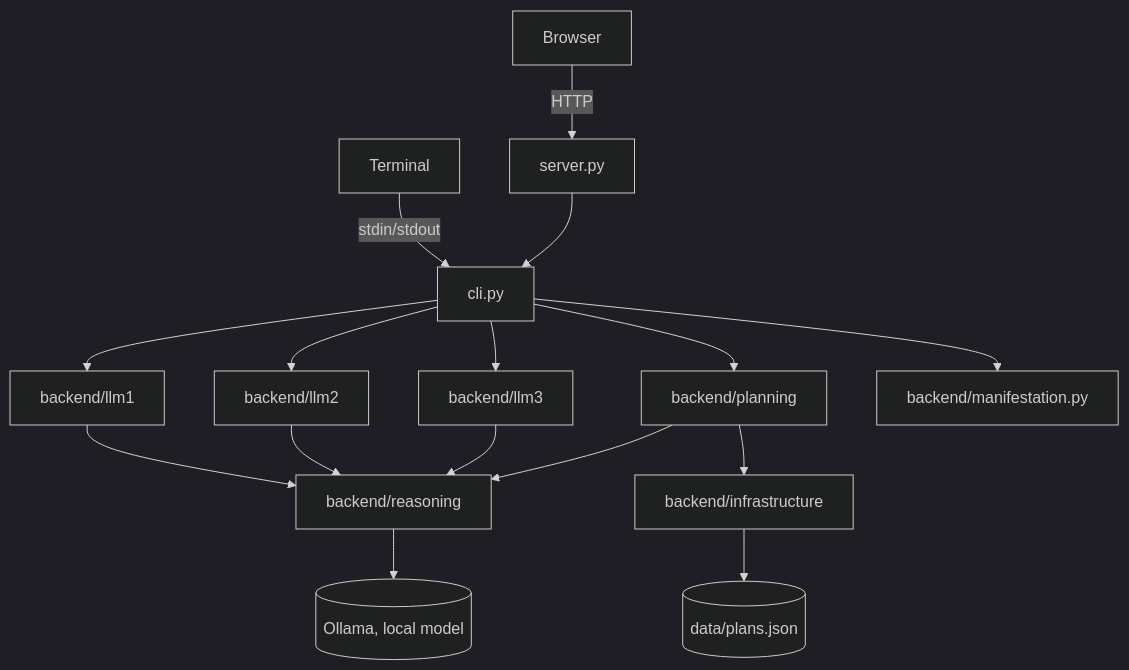
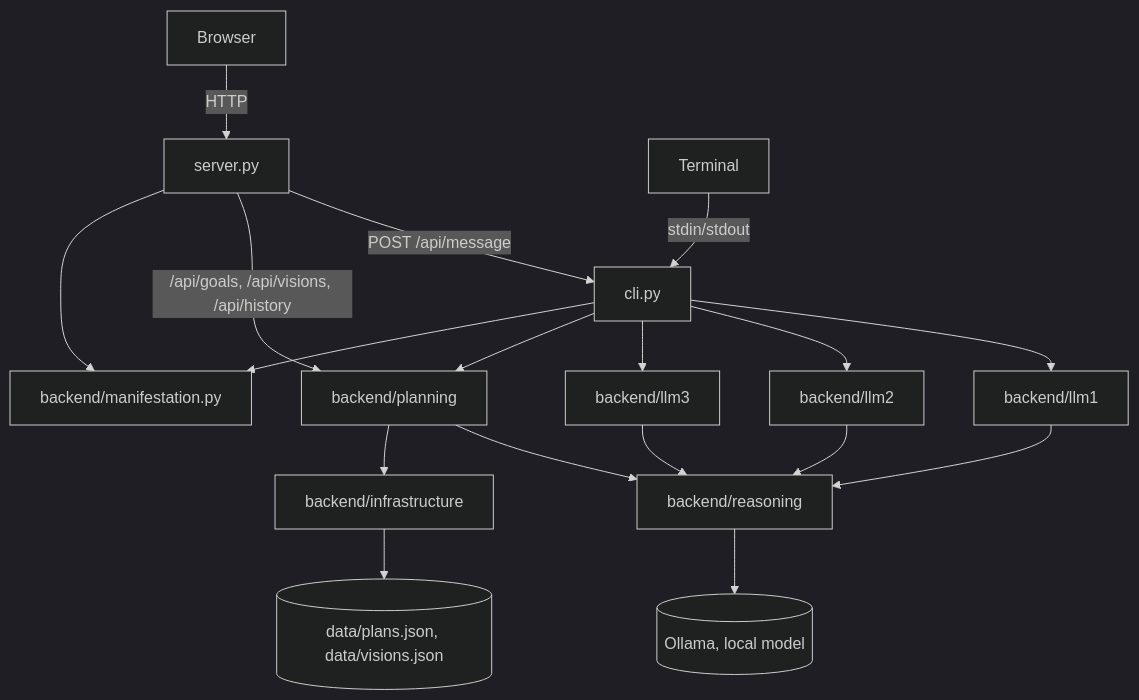
One commit to olajmn/PROJECT1 changed the diagram in docs/04-current-state.md. Above: the diagram before and after it, drawn with Mermaid (dark theme). The commit also changed other lines of this file and 18 other files, not shown here.

````diff
--- a/docs/04-current-state.md
+++ b/docs/04-current-state.md
@@ -38,18 +41,20 @@
 ```mermaid
 graph TD
     Browser -->|HTTP| Server["server.py"]
     Terminal -->|stdin/stdout| CLI["cli.py"]
-    Server --> CLI
+    Server -->|POST /api/message| CLI
+    Server -->|"/api/goals, /api/visions, /api/history"| Planning["backend/planning"]
     CLI --> N1["backend/llm1"]
     CLI --> N2["backend/llm2"]
     CLI --> N3["backend/llm3"]
-    CLI --> Planning["backend/planning"]
+    CLI --> Planning
     CLI --> Manifestation["backend/manifestation.py"]
+    Server --> Manifestation
     N1 --> Reasoning["backend/reasoning"]
     N2 --> Reasoning
     N3 --> Reasoning
     Planning --> Reasoning
     Planning --> Infrastructure["backend/infrastructure"]
     Reasoning --> Ollama[("Ollama, local model")]
-    Infrastructure --> Data[("data/plans.json")]
+    Infrastructure --> Data[("data/plans.json, data/visions.json")]
 ```
````
